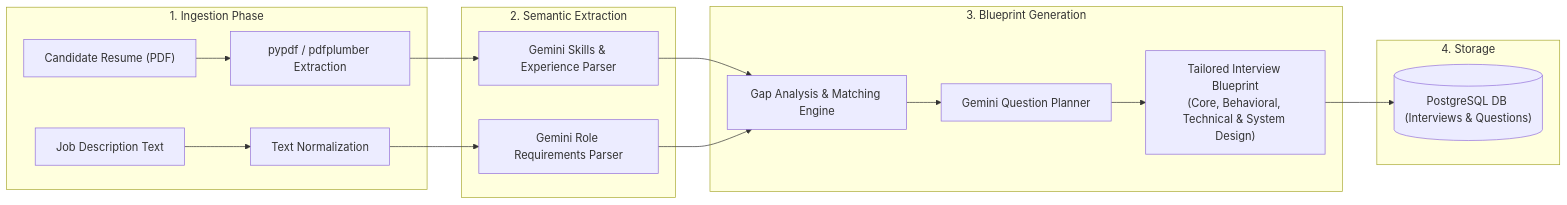
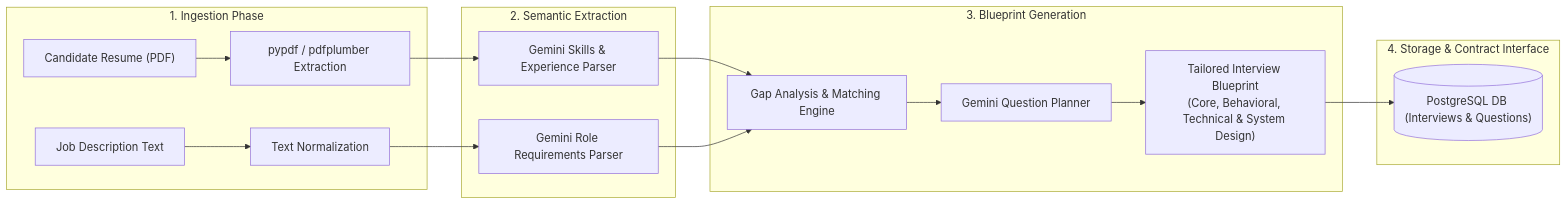
One commit to codingsexpert/InterviewOS changed the fourth of 4 diagrams in docs/architecture.md. Above: the diagram before and after it, drawn with Mermaid. The commit also changed other lines of this file and 25 other files, not shown here.

````diff
--- a/docs/architecture.md
+++ b/docs/architecture.md
@@ -162,22 +162,22 @@
 ```mermaid
 flowchart LR
     subgraph Ingestion["1. Ingestion Phase"]
         PDF["Candidate Resume (PDF)"] --> PDFExtract["pypdf / pdfplumber Extraction"]
         JD["Job Description Text"] --> CleanJD["Text Normalization"]
     end
 
     subgraph Analysis["2. Semantic Extraction"]
         PDFExtract --> SkillGraph["Gemini Skills & Experience Parser"]
         CleanJD --> ReqMatrix["Gemini Role Requirements Parser"]
     end
 
     subgraph Blueprint["3. Blueprint Generation"]
         SkillGraph & ReqMatrix --> MatchEngine["Gap Analysis & Matching Engine"]
         MatchEngine --> BlueprintGen["Gemini Question Planner"]
         BlueprintGen --> PlannedQuestions["Tailored Interview Blueprint\n(Core, Behavioral, Technical & System Design)"]
     end
 
-    subgraph Persistence["4. Storage"]
+    subgraph Persistence["4. Storage & Contract Interface"]
         PlannedQuestions --> DB[("PostgreSQL DB (Interviews & Questions)")]
     end
 ```
````
